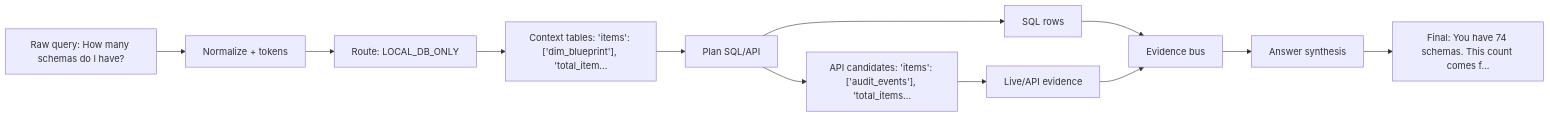
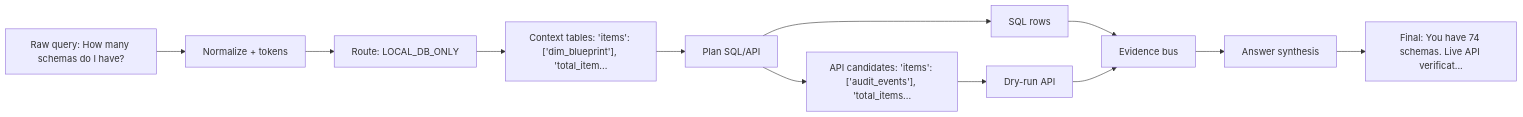
One commit to dashsys-workshop-vldb/dashsys-workshop-vldb.github.io changed the diagram in outputs/visualizations/query_example_011_dataflow.md. Above: the diagram before and after it, drawn with Mermaid. The commit also changed other lines of this file and 691 other files, not shown here.

````diff
--- a/outputs/visualizations/query_example_011_dataflow.md
+++ b/outputs/visualizations/query_example_011_dataflow.md
@@ -17,14 +17,14 @@
 ```mermaid
 flowchart LR
   Q["Raw query: How many schemas do I have?"] --> N["Normalize + tokens"]
   N --> R["Route: LOCAL_DB_ONLY"]
   R --> C["Context tables: 'items': ['dim_blueprint'], 'total_item..."]
   C --> P["Plan SQL/API"]
   P --> S["SQL rows"]
   P --> A["API candidates: 'items': ['audit_events'], 'total_items..."]
-  A --> E["Live/API evidence"]
+  A --> E["Dry-run API"]
   S --> V["Evidence bus"]
   E --> V
   V --> H["Answer synthesis"]
-  H --> F["Final: You have 74 schemas. This count comes f..."]
+  H --> F["Final: You have 74 schemas. Live API verificat..."]
 ```
````
